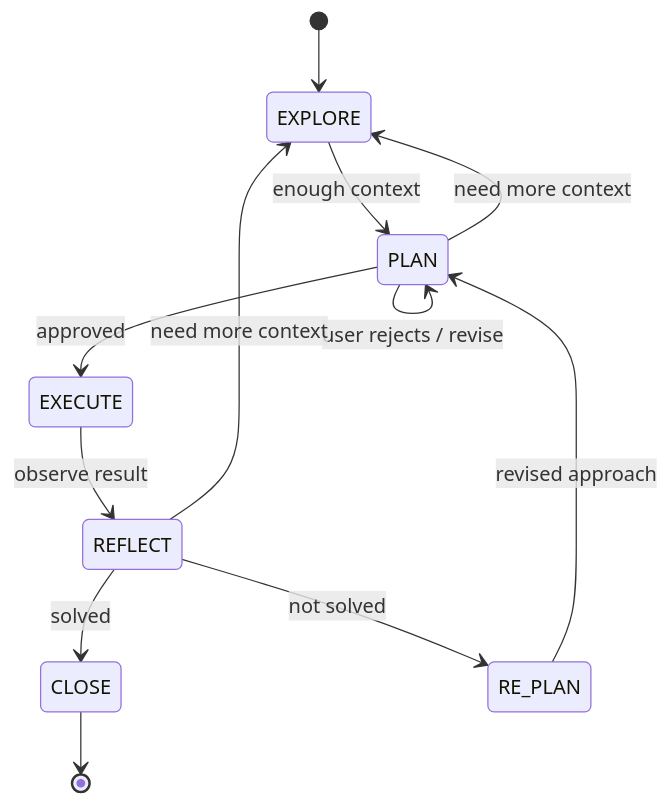
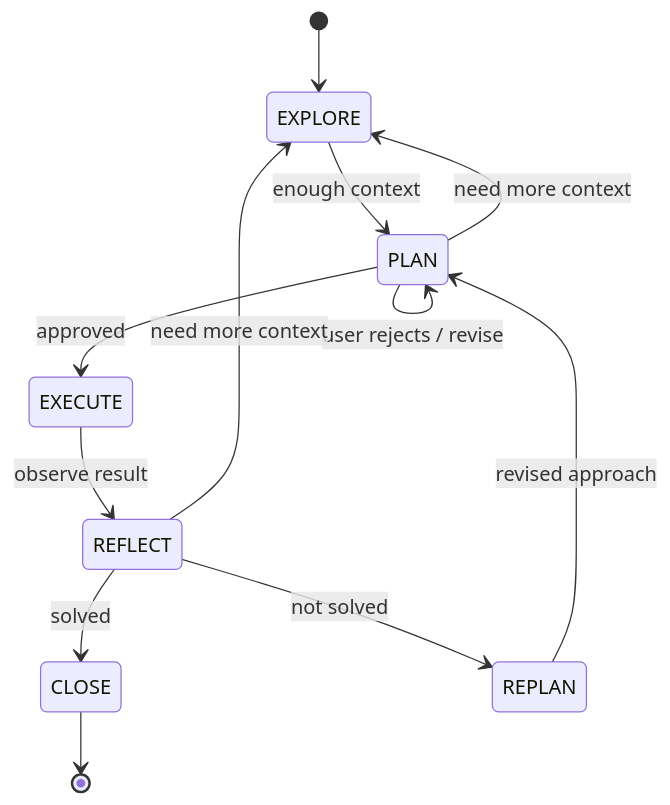
The diagram in README.md (pellera9/iterative-planner), drawn with Mermaid before and after one commit. The commit also changed other lines of this file and 9 other files, not shown here.

First line of the commit message:
Release v2.9.2: Normalize RE-PLAN/RE_PLAN/Re-plan to REPLAN across entire project

````diff
--- a/README.md
+++ b/README.md
@@ -42,14 +42,14 @@
 ```mermaid
 stateDiagram-v2
     [*] --> EXPLORE
     EXPLORE --> PLAN : enough context
     PLAN --> EXPLORE : need more context
     PLAN --> PLAN : user rejects / revise
     PLAN --> EXECUTE : approved
     EXECUTE --> REFLECT : observe result
     REFLECT --> EXPLORE : need more context
     REFLECT --> CLOSE : solved
-    REFLECT --> RE_PLAN : not solved
-    RE_PLAN --> PLAN : revised approach
+    REFLECT --> REPLAN : not solved
+    REPLAN --> PLAN : revised approach
     CLOSE --> [*]
 ```
````
